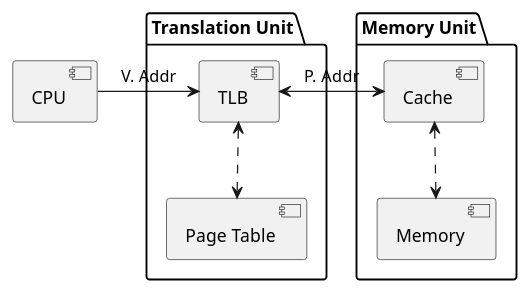
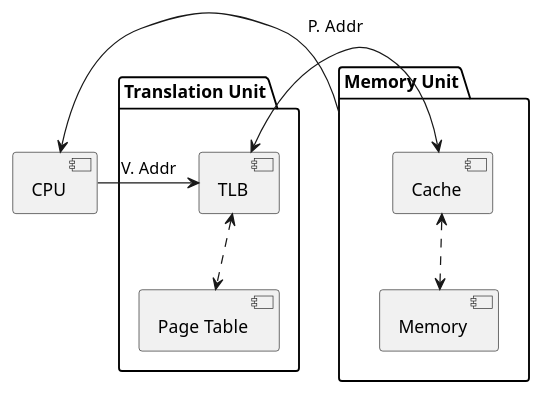
Before and after one commit to ashwinreddy/wiki: the diagram in Computer-Science/Page table.md, drawn with PlantUML.

Commit message:
Updated Page table.md (markdown)

```diff
--- a/Computer-Science/Page table.md
+++ b/Computer-Science/Page table.md
@@ -6,19 +6,20 @@
 @startuml
 
 package "Translation Unit" {
   [TLB]
   [Page Table]
 }
 
 package "Memory Unit" {
     [Cache]
     [Memory]
 }
 
 [CPU]
 
 [CPU] -> [TLB]: V. Addr
 [TLB] <-> [Cache]: P. Addr
 [TLB] <..> [Page Table]
 [Cache] <..> [Memory]
+"Memory Unit" -> CPU
 @enduml
```
